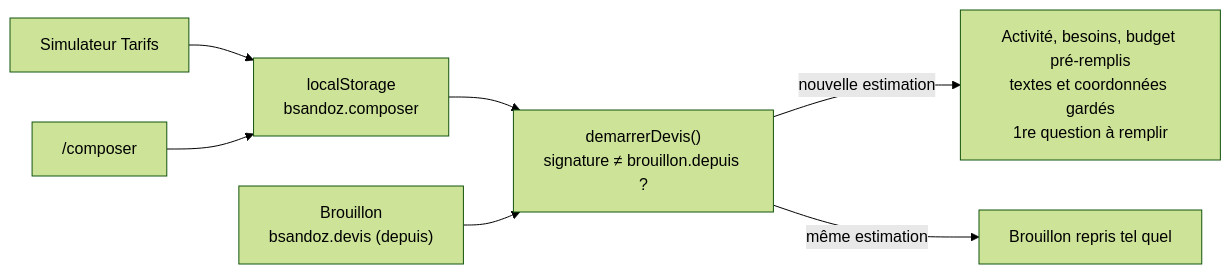
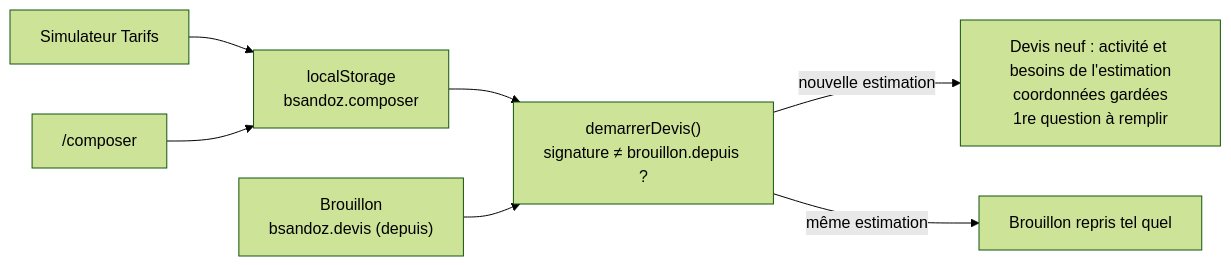
The second of 2 diagrams in docs/fonctionnalites/demande-de-devis.md (bsandoz79/bsandoz-site), drawn with Mermaid (forest theme) before and after one commit. The commit also changed other lines of this file and 3 other files, not shown here.

Commit message:
fix: une nouvelle estimation donne un devis neuf, sans les essais précédents

````diff
--- a/docs/fonctionnalites/demande-de-devis.md
+++ b/docs/fonctionnalites/demande-de-devis.md
@@ -78,9 +77,9 @@
 ```mermaid
 flowchart LR
   sim["Simulateur Tarifs"] --> st["localStorage<br/>bsandoz.composer"]
   comp["/composer"] --> st
   st --> dem["demarrerDevis()<br/>signature ≠ brouillon.depuis ?"]
   br["Brouillon<br/>bsandoz.devis (depuis)"] --> dem
-  dem -- "nouvelle estimation" --> pre["Activité, besoins, budget pré-remplis<br/>textes et coordonnées gardés<br/>1re question à remplir"]
+  dem -- "nouvelle estimation" --> pre["Devis neuf : activité et besoins de l'estimation<br/>coordonnées gardées<br/>1re question à remplir"]
   dem -- "même estimation" --> rep["Brouillon repris tel quel"]
 ```
````
